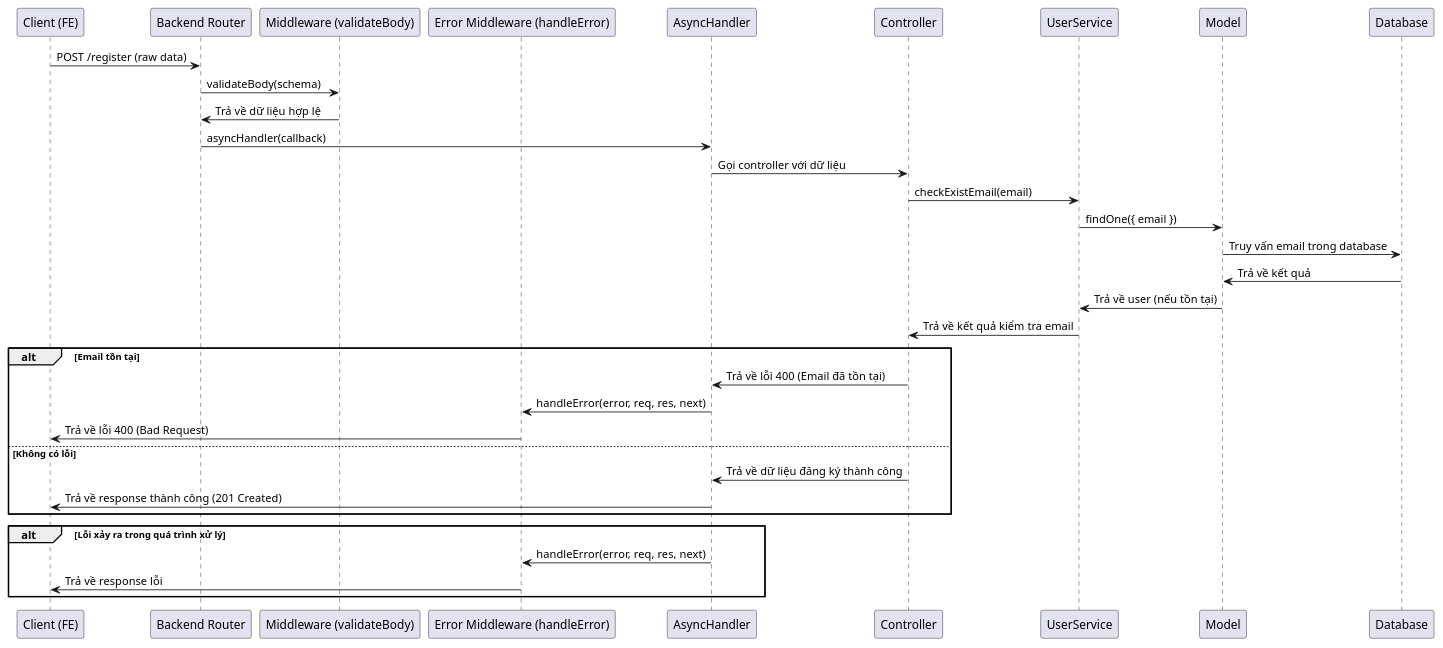
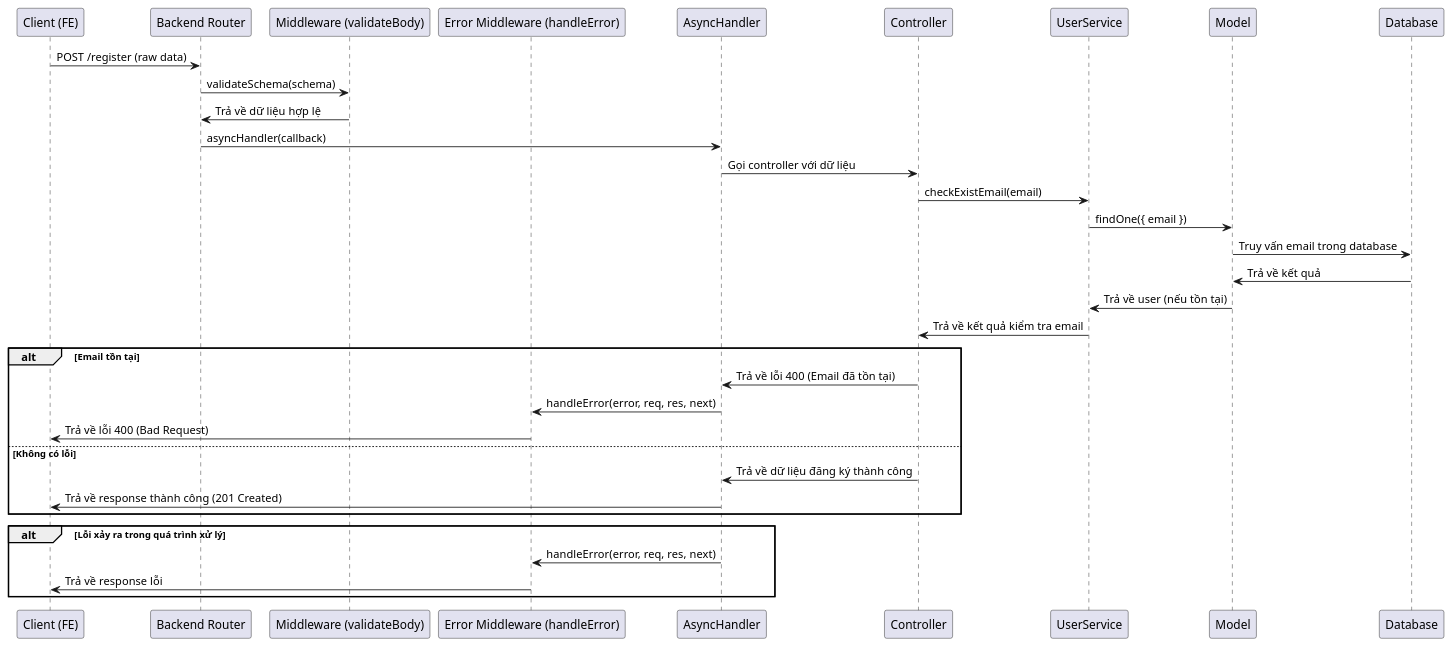
One commit to hiusnguyen201/BE_ClothingShop changed the diagram in docs/sequences/UC1-RegisterViaEmailPassword.wsd. Above: the diagram before and after it, drawn with PlantUML. The commit also changed 107 other files, not shown here.

Commit message:
:zap: move validateSchema into controller

```diff
--- a/docs/sequences/UC1-RegisterViaEmailPassword.wsd
+++ b/docs/sequences/UC1-RegisterViaEmailPassword.wsd
@@ -1,39 +1,39 @@
 @startuml
 participant "Client (FE)" as FE
 participant "Backend Router" as Router
 participant "Middleware (validateBody)" as Middleware
 participant "Error Middleware (handleError)" as ErrorMiddleware
 participant "AsyncHandler" as AsyncHandler
 participant "Controller" as Controller
 participant "UserService" as UserService
 participant "Model" as Model
 participant "Database" as DB
 
 FE -> Router: POST /register (raw data)
-Router -> Middleware: validateBody(schema)
+Router -> Middleware: validateSchema(schema)
 Middleware -> Router: Trả về dữ liệu hợp lệ
 
 Router -> AsyncHandler: asyncHandler(callback)
 AsyncHandler -> Controller: Gọi controller với dữ liệu
 
 Controller -> UserService: checkExistEmail(email)
 UserService -> Model: findOne({ email })
 Model -> DB: Truy vấn email trong database
 DB -> Model: Trả về kết quả
 Model -> UserService: Trả về user (nếu tồn tại)
 UserService -> Controller: Trả về kết quả kiểm tra email
 
 alt Email tồn tại
     Controller -> AsyncHandler: Trả về lỗi 400 (Email đã tồn tại)
     AsyncHandler -> ErrorMiddleware: handleError(error, req, res, next)
     ErrorMiddleware -> FE: Trả về lỗi 400 (Bad Request)
 else Không có lỗi
     Controller -> AsyncHandler: Trả về dữ liệu đăng ký thành công
     AsyncHandler -> FE: Trả về response thành công (201 Created)
 end
 
 alt Lỗi xảy ra trong quá trình xử lý
     AsyncHandler -> ErrorMiddleware: handleError(error, req, res, next)
     ErrorMiddleware -> FE: Trả về response lỗi
 end
 @enduml
```
